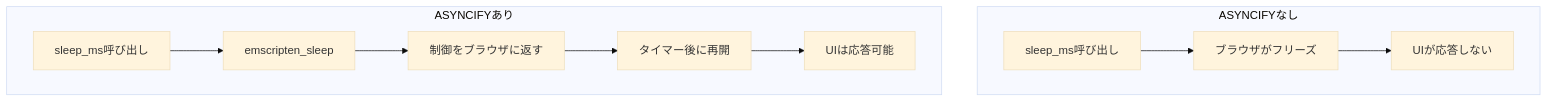
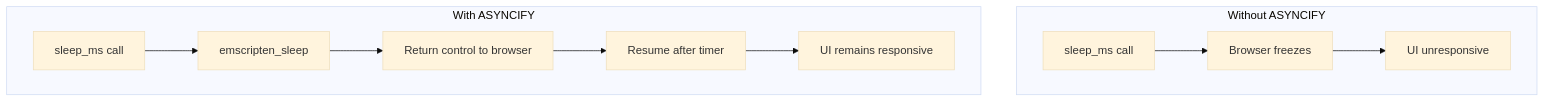
The sixth of 6 diagrams in README.md (uist1idrju3i/study-WebSimulator), drawn with Mermaid (base theme) before and after one commit. The commit also changed other lines of this file, not shown here.

````diff
--- a/README.md
+++ b/README.md
@@ -340,14 +357,14 @@
 ```mermaid
 graph TB
-    subgraph "ASYNCIFYなし"
-        A1[sleep_ms呼び出し] --> B1[ブラウザがフリーズ]
-        B1 --> C1[UIが応答しない]
+    subgraph "Without ASYNCIFY"
+        A1[sleep_ms call] --> B1[Browser freezes]
+        B1 --> C1[UI unresponsive]
     end
     
-    subgraph "ASYNCIFYあり"
-        A2[sleep_ms呼び出し] --> B2[emscripten_sleep]
-        B2 --> C2[制御をブラウザに返す]
-        C2 --> D2[タイマー後に再開]
-        D2 --> E2[UIは応答可能]
+    subgraph "With ASYNCIFY"
+        A2[sleep_ms call] --> B2[emscripten_sleep]
+        B2 --> C2[Return control to browser]
+        C2 --> D2[Resume after timer]
+        D2 --> E2[UI remains responsive]
     end
 ```
````
